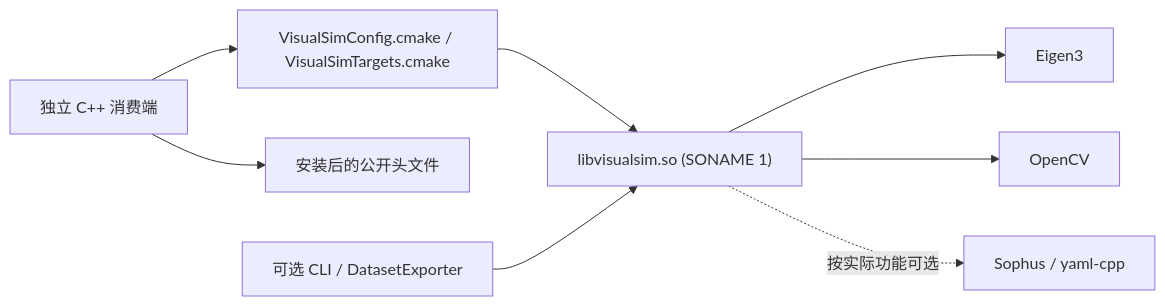
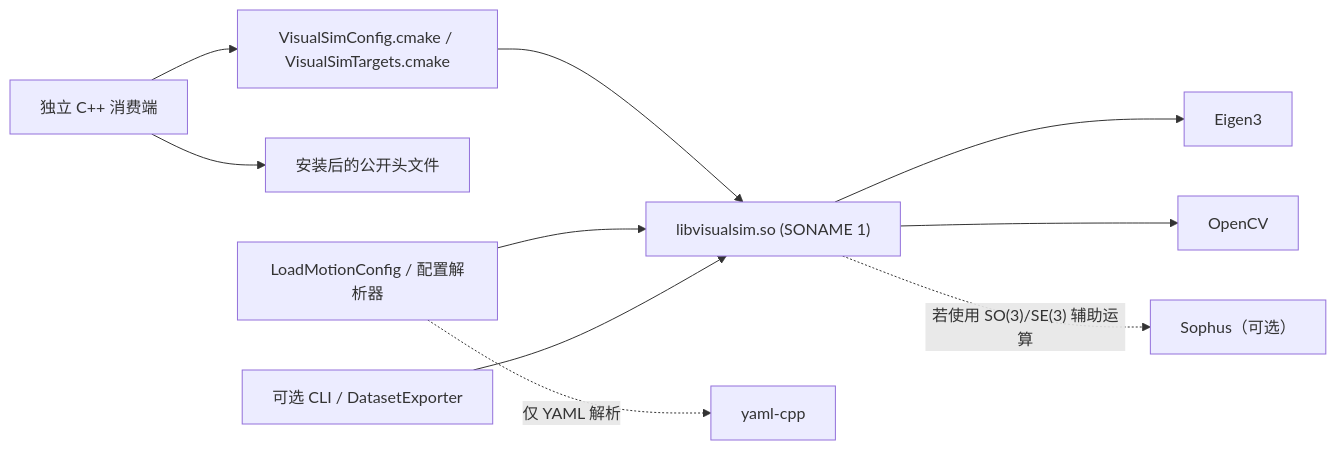
One commit to ncut-d1z/VisualSim changed the fourth of 4 diagrams in docs/HLD.md. Above: the diagram before and after it, drawn with Mermaid. The commit also changed other lines of this file and 5 other files, not shown here.

```diff
--- a/docs/HLD.md
+++ b/docs/HLD.md
@@ -202,10 +202,12 @@
 ~~~mermaid
 flowchart LR
     Consumer["独立 C++ 消费端"] --> Package["VisualSimConfig.cmake / VisualSimTargets.cmake"]
     Package --> Shared["libvisualsim.so (SONAME 1)"]
     Consumer --> Headers["安装后的公开头文件"]
     Shared --> Eigen["Eigen3"]
     Shared --> OpenCV["OpenCV"]
-    Shared -. "按实际功能可选" .-> Sophus["Sophus / yaml-cpp"]
+    Shared -. "若使用 SO(3)/SE(3) 辅助运算" .-> Sophus["Sophus（可选）"]
+    Loader["LoadMotionConfig / 配置解析器"] -. "仅 YAML 解析" .-> YAML["yaml-cpp"]
+    Loader --> Shared
     CLI["可选 CLI / DatasetExporter"] --> Shared
 ~~~
```
